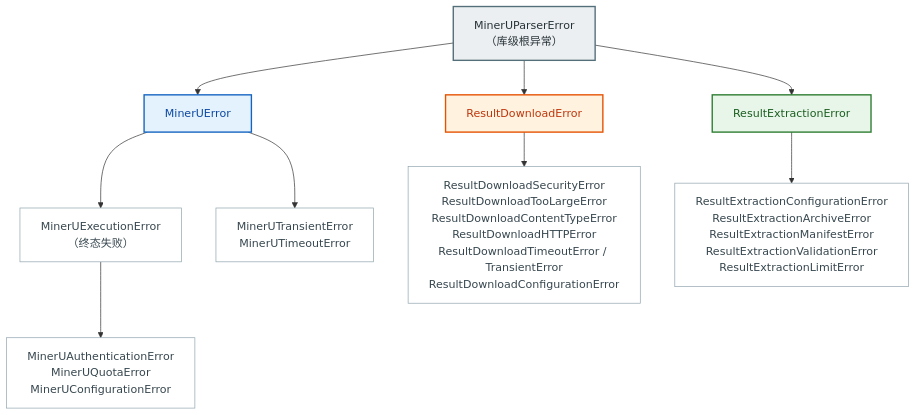
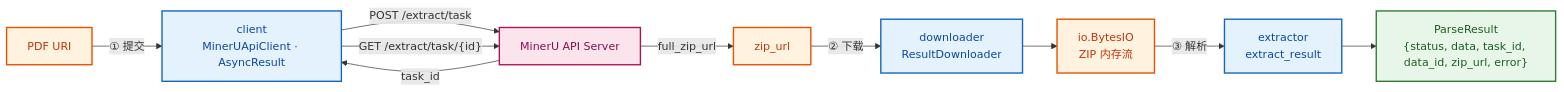
One commit to dream-365/mineru-parser changed the second of 2 diagrams in README.md. Above: the diagram before and after it, drawn with Mermaid. The commit also changed other lines of this file, not shown here.

First line of the commit message:
docs(readme): 改写为 parse 单函数门面，补迁移表与信封语义

````diff
--- a/README.md
+++ b/README.md
@@ -301,25 +371,26 @@
 ```mermaid
-flowchart TB
-    ROOT["MinerUParserError<br/>（库级根异常）"]:::root
-    CLIENT["MinerUError"]:::c1
-    DLERR["ResultDownloadError"]:::c2
-    EXERR["ResultExtractionError"]:::c3
+flowchart LR
+    classDef io fill:#fff3e0,stroke:#e65100,stroke-width:2px,color:#bf360c;
+    classDef mod fill:#e3f2fd,stroke:#1565c0,stroke-width:2px,color:#0d47a1;
+    classDef out fill:#e8f5e9,stroke:#2e7d32,stroke-width:2px,color:#1b5e20;
+    classDef srv fill:#fce4ec,stroke:#ad1457,stroke-width:2px,color:#880e4f;
 
-    ROOT --> CLIENT
-    ROOT --> DLERR
-    ROOT --> EXERR
+    URI["PDF URI"]:::io
+    CLIENT["client<br/>MinerUApiClient · AsyncResult"]:::mod
+    API["MinerU API Server"]:::srv
+    ZIPURL["zip_url"]:::io
+    DL["downloader<br/>ResultDownloader"]:::mod
+    MEM["io.BytesIO<br/>ZIP 内存流"]:::io
+    EX["extractor<br/>extract_result"]:::mod
+    RESULT["ParseResult<br/>{status, data, task_id, data_id, zip_url, error}"]:::out
 
-    CLIENT --> EXEC["MinerUExecutionError<br/>（终态失败）"]:::leaf
-    EXEC --> A1["MinerUAuthenticationError<br/>MinerUQuotaError<br/>MinerUConfigurationError"]:::leaf
-    CLIENT --> A2["MinerUTransientError<br/>MinerUTimeoutError"]:::leaf
-
-    DLERR --> B1["ResultDownloadSecurityError<br/>ResultDownloadTooLargeError<br/>ResultDownloadContentTypeError<br/>ResultDownloadHTTPError<br/>ResultDownloadTimeoutError / TransientError<br/>ResultDownloadConfigurationError"]:::leaf
-
-    EXERR --> C1["ResultExtractionConfigurationError<br/>ResultExtractionArchiveError<br/>ResultExtractionManifestError<br/>ResultExtractionValidationError<br/>ResultExtractionLimitError"]:::leaf
-
-    classDef root fill:#eceff1,stroke:#546e7a,stroke-width:2px,color:#263238;
-    classDef c1 fill:#e3f2fd,stroke:#1565c0,stroke-width:2px,color:#0d47a1;
-    classDef c2 fill:#fff3e0,stroke:#e65100,stroke-width:2px,color:#bf360c;
-    classDef c3 fill:#e8f5e9,stroke:#2e7d32,stroke-width:2px,color:#1b5e20;
-    classDef leaf fill:#ffffff,stroke:#90a4ae,stroke-width:1px,color:#37474f;
+    URI -->|"① 提交"| CLIENT
+    CLIENT -->|"POST /extract/task"| API
+    API -->|"task_id"| CLIENT
+    CLIENT -->|"GET /extract/task/{id}"| API
+    API -->|"full_zip_url"| ZIPURL
+    ZIPURL -->|"② 下载"| DL
+    DL --> MEM
+    MEM -->|"③ 解析"| EX
+    EX --> RESULT
 ```
````
